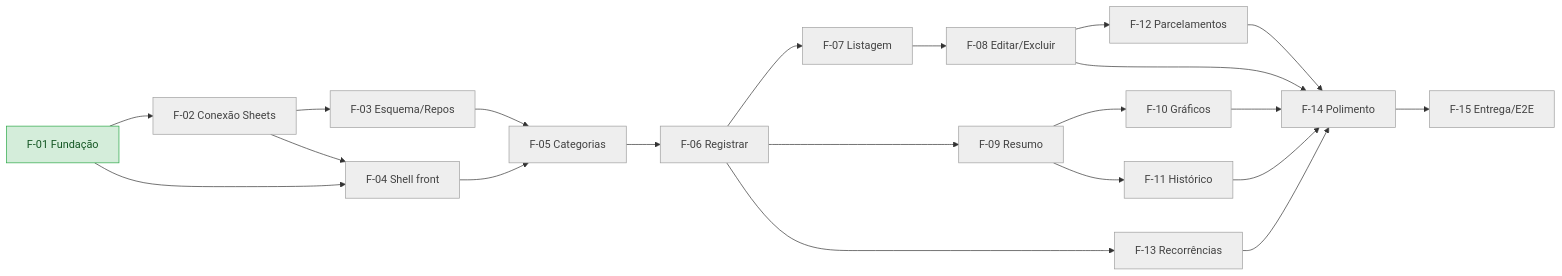
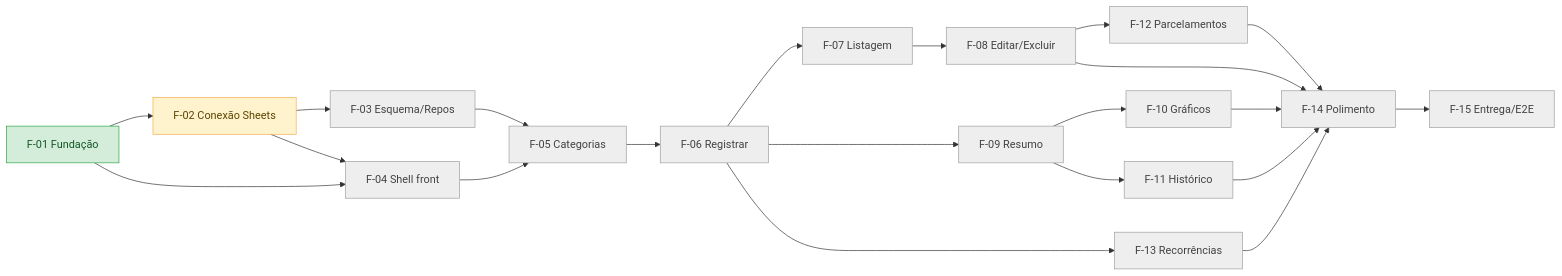
The diagram in SPECS/05-acompanhamento.md (Pedrohcs/PlanilhaFinanceira), drawn with Mermaid before and after one commit. The commit also changed other lines of this file and 8 other files, not shown here.

````diff
--- a/SPECS/05-acompanhamento.md
+++ b/SPECS/05-acompanhamento.md
@@ -64,23 +64,24 @@
 ```mermaid
 flowchart LR
     F01[F-01 Fundação] --> F02[F-02 Conexão Sheets] --> F03[F-03 Esquema/Repos]
     F01 --> F04[F-04 Shell front]
     F02 --> F04
     F03 --> F05[F-05 Categorias]
     F04 --> F05
     F05 --> F06[F-06 Registrar]
     F06 --> F07[F-07 Listagem] --> F08[F-08 Editar/Excluir]
     F06 --> F09[F-09 Resumo]
     F09 --> F10[F-10 Gráficos]
     F09 --> F11[F-11 Histórico]
     F08 --> F12[F-12 Parcelamentos]
     F06 --> F13[F-13 Recorrências]
     F08 & F10 & F11 & F12 & F13 --> F14[F-14 Polimento]
     F14 --> F15[F-15 Entrega/E2E]
 
     classDef naoIniciada fill:#eeeeee,stroke:#9e9e9e,color:#424242;
     classDef iniciada fill:#fff3cd,stroke:#f0ad4e,color:#5c4400;
     classDef concluida fill:#d4edda,stroke:#28a745,color:#155724;
-    class F02,F03,F04,F05,F06,F07,F08,F09,F10,F11,F12,F13,F14,F15 naoIniciada;
+    class F03,F04,F05,F06,F07,F08,F09,F10,F11,F12,F13,F14,F15 naoIniciada;
     class F01 concluida;
+    class F02 iniciada;
 ```
````
